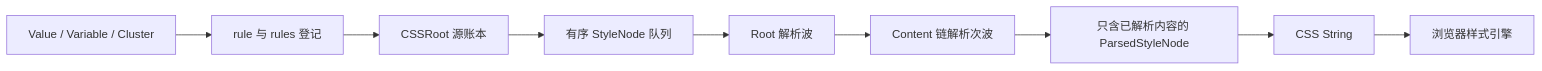
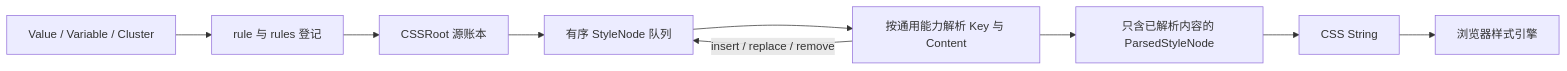
One commit to edsolater/uikit changed the diagram in src/style-system/architecture.md. Above: the diagram before and after it, drawn with Mermaid. The commit also changed other lines of this file and 18 other files, not shown here.

````diff
--- a/src/style-system/architecture.md
+++ b/src/style-system/architecture.md
@@ -7,11 +7,11 @@
 ```mermaid
 flowchart LR
   Definitions[Value / Variable / Cluster] --> Rules[rule 与 rules 登记]
   Rules --> Root[CSSRoot 源账本]
   Root --> Queue[有序 StyleNode 队列]
-  Queue --> RootWave[Root 解析波]
-  RootWave --> ContentWave[Content 链解析次波]
-  ContentWave --> Parsed[只含已解析内容的 ParsedStyleNode]
+  Queue --> Parse[按通用能力解析 Key 与 Content]
+  Parse -->|insert / replace / remove| Queue
+  Parse --> Parsed[只含已解析内容的 ParsedStyleNode]
   Parsed --> CSS[CSS String]
   CSS --> Browser[浏览器样式引擎]
 ```
````
